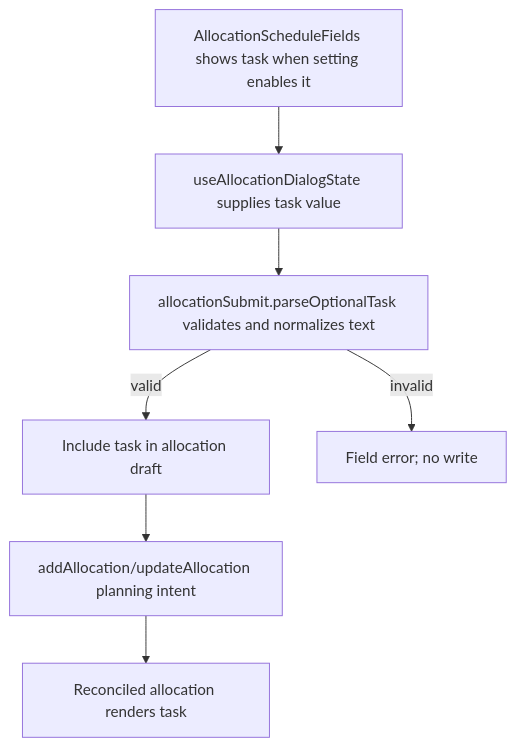
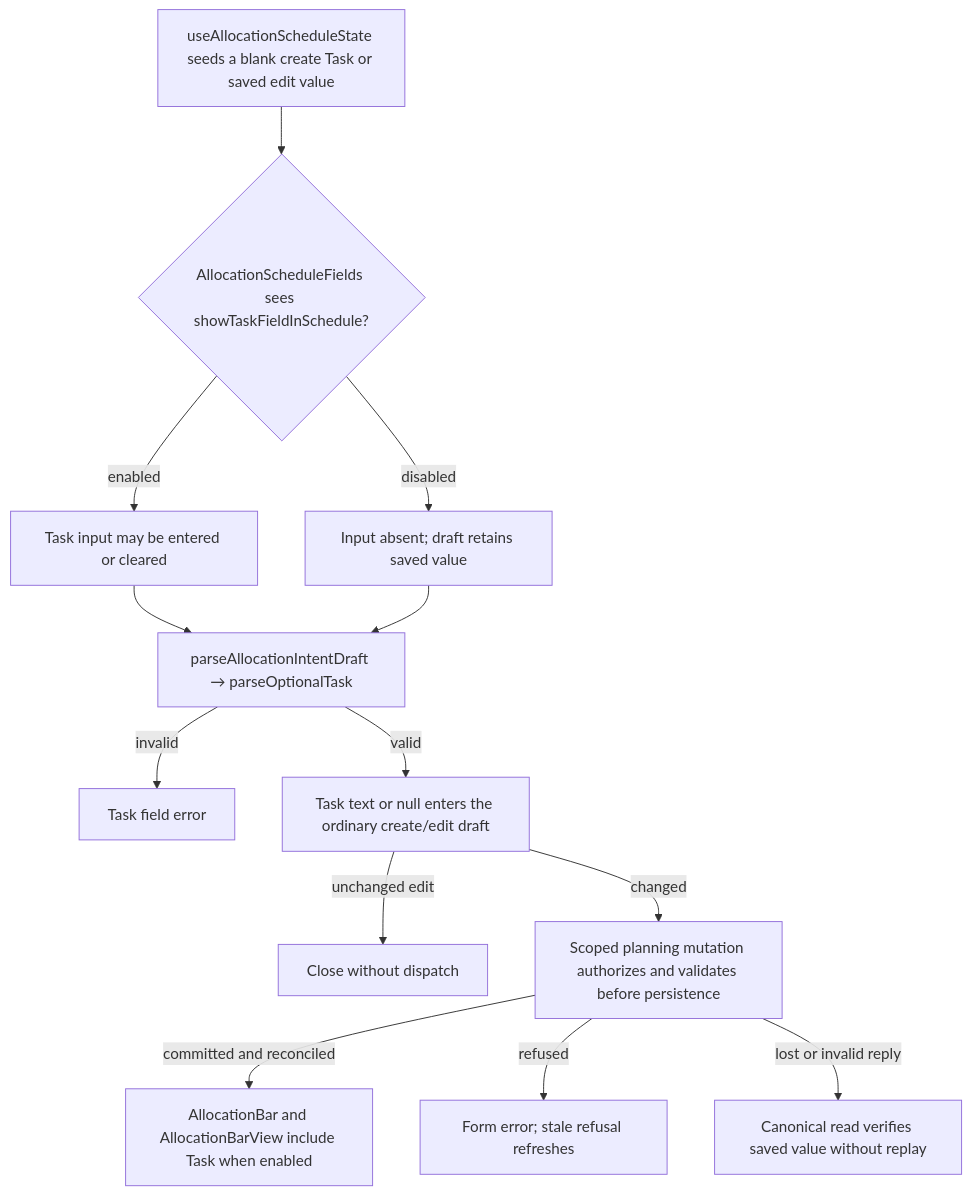
Before and after one commit to Kevinjohn/capacitylens: the second of 2 diagrams in user-stories/allocation/US-ALL-10-task-field.md, drawn with Mermaid. The commit also changed other lines of this file and 172 other files, not shown here.

Commit message:
docs: reconcile user story code flows with source

````diff
--- a/user-stories/allocation/US-ALL-10-task-field.md
+++ b/user-stories/allocation/US-ALL-10-task-field.md
@@ -36,9 +36,15 @@
 ```mermaid
 flowchart TD
-  A["AllocationScheduleFields shows task when setting enables it"] --> B["useAllocationDialogState supplies task value"]
-  B --> C["allocationSubmit.parseOptionalTask validates and normalizes text"]
-  C -->|valid| D["Include task in allocation draft"]
-  C -->|invalid| E["Field error; no write"]
-  D --> F["addAllocation/updateAllocation planning intent"]
-  F --> G["Reconciled allocation renders task"]
+  Form["useAllocationScheduleState seeds a blank create Task or saved edit value"] --> Flag{"AllocationScheduleFields sees showTaskFieldInSchedule?"}
+  Flag -->|enabled| Text["Task input may be entered or cleared"]
+  Flag -->|disabled| Retain["Input absent; draft retains saved value"]
+  Text --> Parse["parseAllocationIntentDraft → parseOptionalTask"]
+  Retain --> Parse
+  Parse -->|invalid| Field["Task field error"]
+  Parse -->|valid| Diff["Task text or null enters the ordinary create/edit draft"]
+  Diff -->|unchanged edit| Close["Close without dispatch"]
+  Diff -->|changed| Commit["Scoped planning mutation authorizes and validates before persistence"]
+  Commit -->|committed and reconciled| Display["AllocationBar and AllocationBarView include Task when enabled"]
+  Commit -->|refused| Error["Form error; stale refusal refreshes"]
+  Commit -->|lost or invalid reply| Unknown["Canonical read verifies saved value without replay"]
 ```
````
